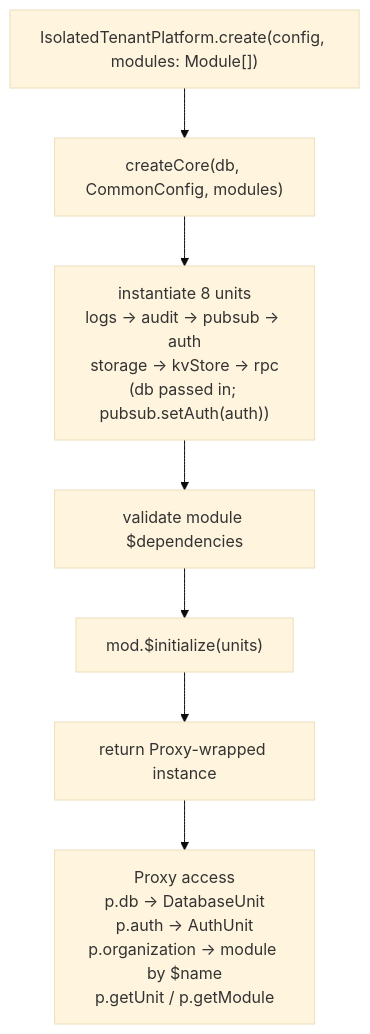
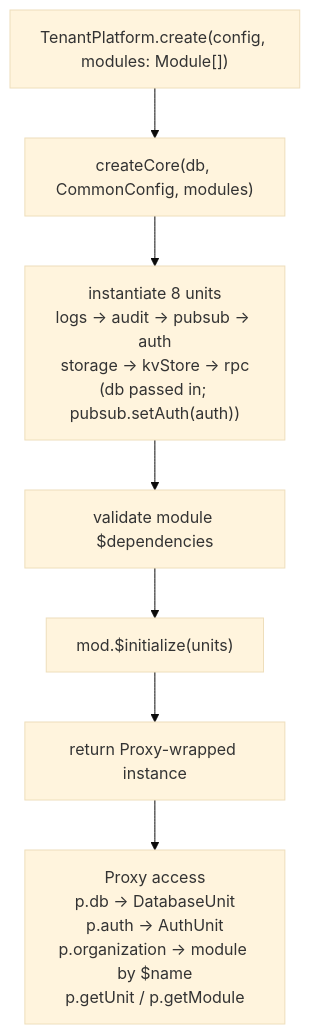
The first of 3 diagrams in packages/platform/docs/overview.mdx (AdityaBorkar/aspen-os), drawn with Mermaid (base theme) before and after one commit. The commit also changed other lines of this file and 30 other files, not shown here.

````diff
--- a/packages/platform/docs/overview.mdx
+++ b/packages/platform/docs/overview.mdx
@@ -72,9 +72,9 @@
 ```mermaid
 flowchart TB
-  Create["IsolatedTenantPlatform.create(config, modules: Module[])"] --> Core["createCore(db, CommonConfig, modules)"]
+  Create["TenantPlatform.create(config, modules: Module[])"] --> Core["createCore(db, CommonConfig, modules)"]
   Core --> Units["instantiate 8 units\nlogs → audit → pubsub → auth\nstorage → kvStore → rpc\n(db passed in; pubsub.setAuth(auth))"]
   Units --> Validate["validate module $dependencies"]
   Validate --> Init["mod.$initialize(units)"]
   Init --> Proxy["return Proxy-wrapped instance"]
   Proxy --> Access["Proxy access\np.db → DatabaseUnit\np.auth → AuthUnit\np.organization → module by $name\np.getUnit / p.getModule"]
 ```
````
